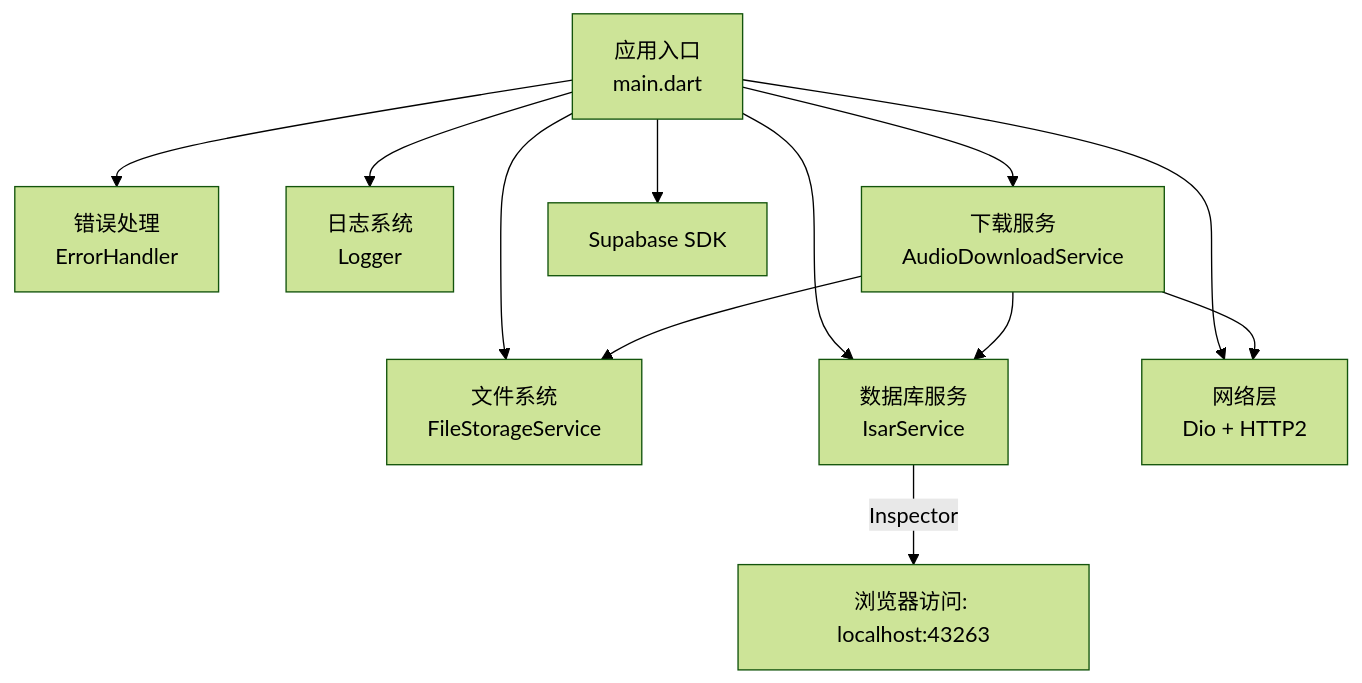
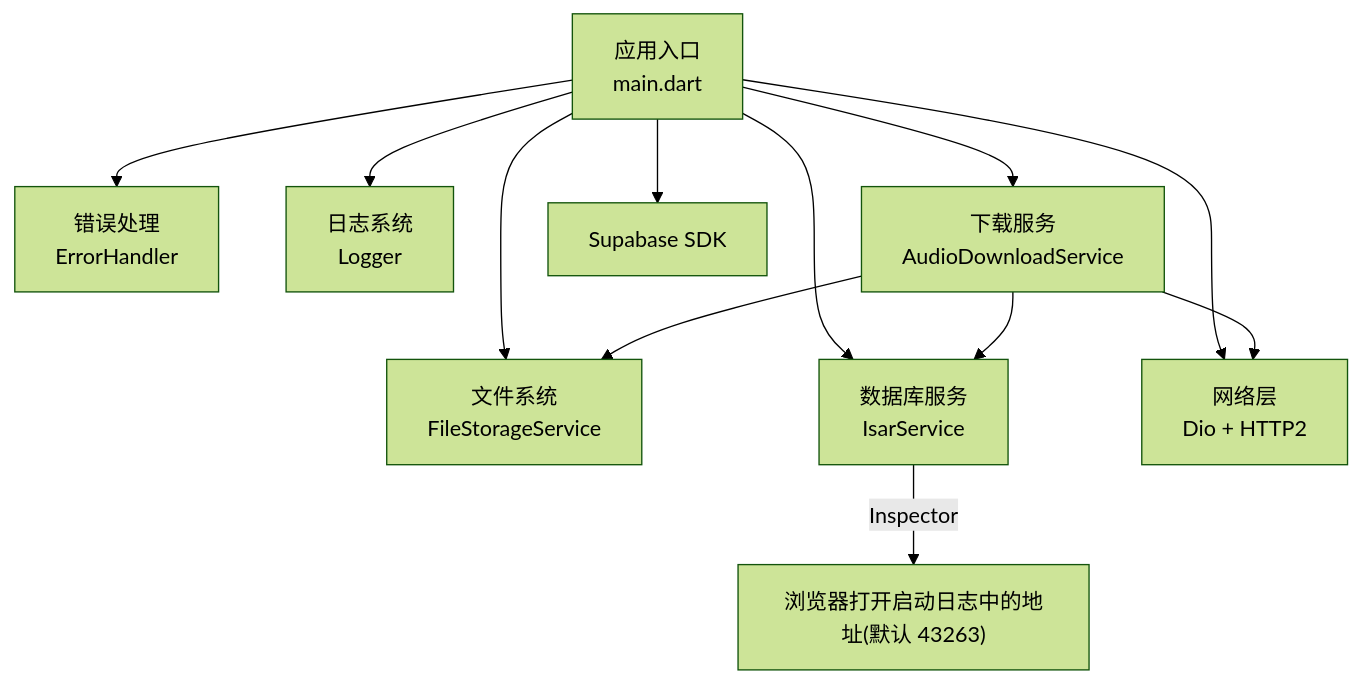
Before and after one commit to ZTfer/Tinycast: the first of 6 diagrams in .qoder/repowiki/zh/content/故障排除.md, drawn with Mermaid (forest theme). The commit also changed 34 other files, not shown here.

````diff
--- a/.qoder/repowiki/zh/content/故障排除.md
+++ b/.qoder/repowiki/zh/content/故障排除.md
@@ -45,14 +45,14 @@
 ```mermaid
 graph TB
 A["应用入口<br/>main.dart"] --> B["错误处理<br/>ErrorHandler"]
 A --> C["日志系统<br/>Logger"]
 A --> D["下载服务<br/>AudioDownloadService"]
 A --> E["文件系统<br/>FileStorageService"]
 A --> F["数据库服务<br/>IsarService"]
 A --> G["网络层<br/>Dio + HTTP2"]
 A --> H["Supabase SDK"]
 D --> E
 D --> F
 D --> G
-F --> |"Inspector"| I["浏览器访问: localhost:43263"]
+F --> |"Inspector"| I["浏览器打开启动日志中的地址(默认 43263)"]
 ```
````
